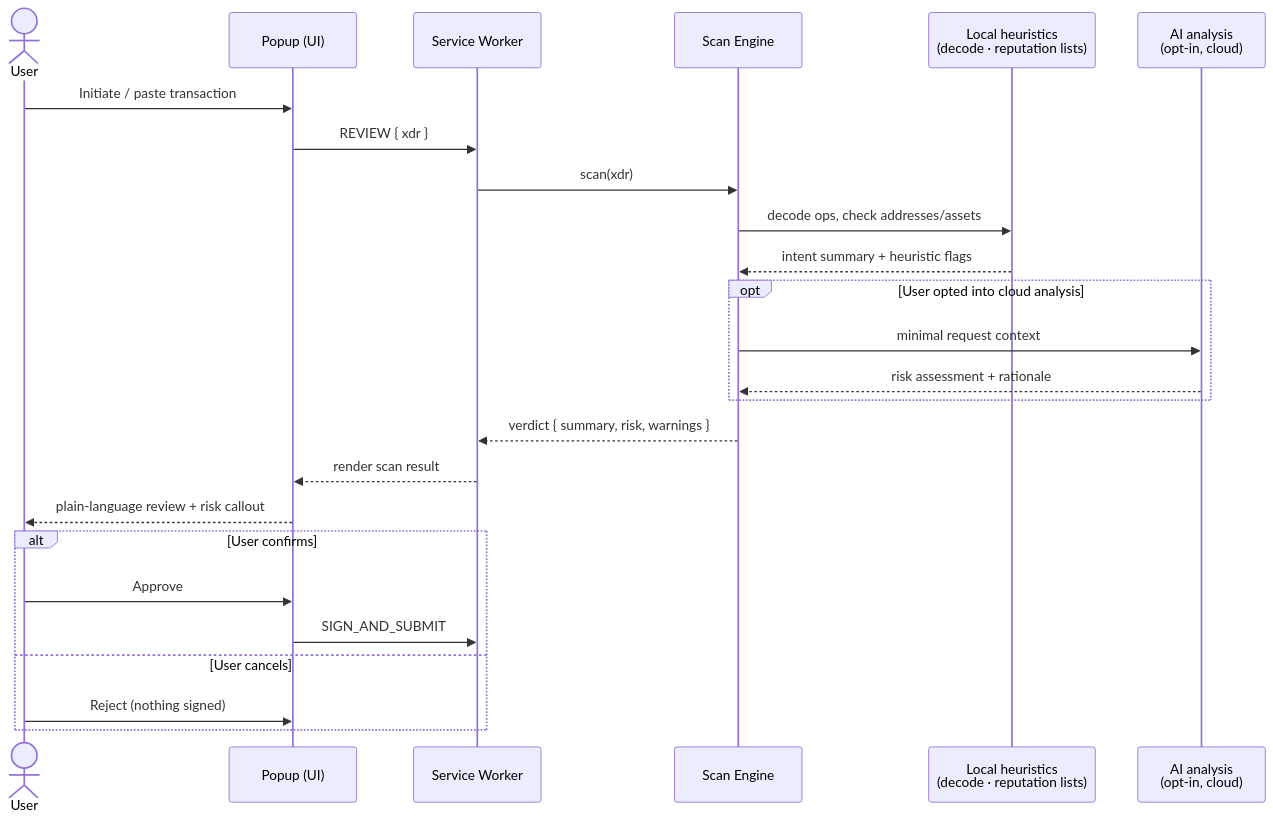
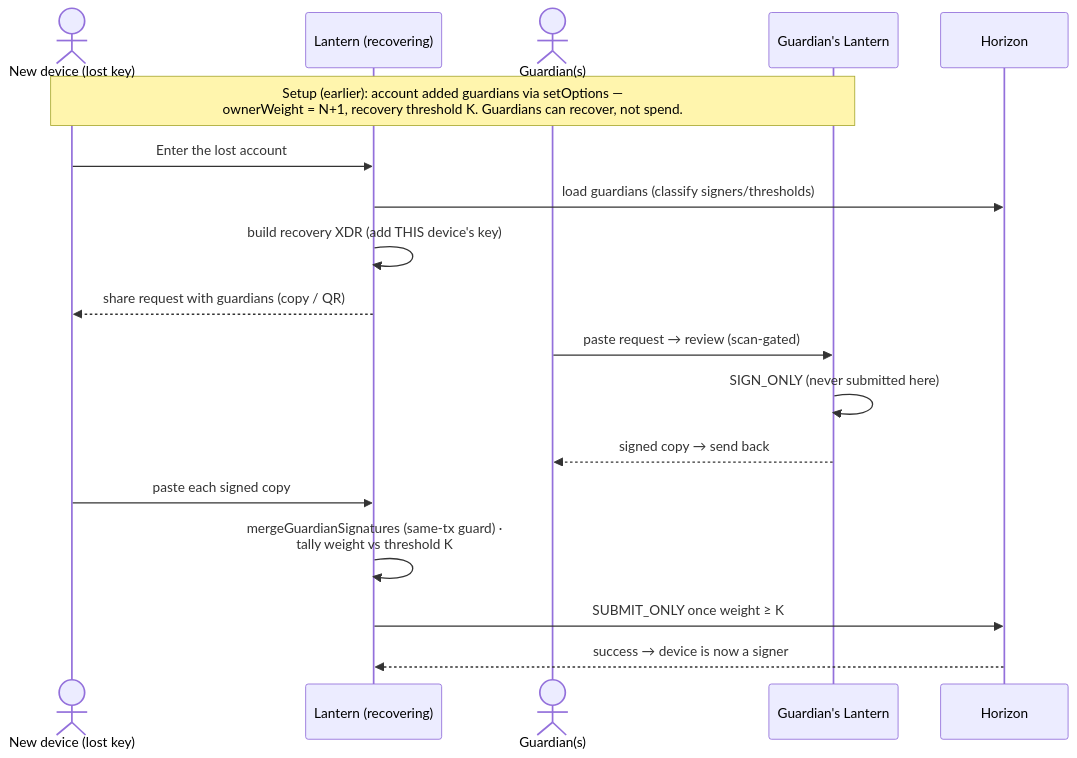
Before and after one commit to kimerran/stellar-lantern: the third of 4 diagrams in README.md, drawn with Mermaid. The commit also changed other lines of this file, not shown here.

First line of the commit message:
docs: rewrite README for current state (architecture + sequence diagrams)

````diff
--- a/README.md
+++ b/README.md
@@ -193,28 +171,22 @@
 ```mermaid
 sequenceDiagram
-    actor U as User
-    participant P as Popup (UI)
-    participant W as Service Worker
-    participant SC as Scan Engine
-    participant LO as Local heuristics<br/>(decode · reputation lists)
-    participant AI as AI analysis<br/>(opt-in, cloud)
+    actor N as New device (lost key)
+    participant L as Lantern (recovering)
+    actor G as Guardian(s)
+    participant GL as Guardian's Lantern
+    participant H as Horizon
 
-    U->>P: Initiate / paste transaction
-    P->>W: REVIEW { xdr }
-    W->>SC: scan(xdr)
-    SC->>LO: decode ops, check addresses/assets
-    LO-->>SC: intent summary + heuristic flags
-    opt User opted into cloud analysis
-        SC->>AI: minimal request context
-        AI-->>SC: risk assessment + rationale
-    end
-    SC-->>W: verdict { summary, risk, warnings }
-    W-->>P: render scan result
-    P-->>U: plain-language review + risk callout
-    alt User confirms
-        U->>P: Approve
-        P->>W: SIGN_AND_SUBMIT
-    else User cancels
-        U->>P: Reject (nothing signed)
-    end
+    Note over N,GL: Setup (earlier): account added guardians via setOptions —<br/>ownerWeight = N+1, recovery threshold K. Guardians can recover, not spend.
+
+    N->>L: Enter the lost account
+    L->>H: load guardians (classify signers/thresholds)
+    L->>L: build recovery XDR (add THIS device's key)
+    L-->>N: share request with guardians (copy / QR)
+    G->>GL: paste request → review (scan-gated)
+    GL->>GL: SIGN_ONLY (never submitted here)
+    GL-->>G: signed copy → send back
+    N->>L: paste each signed copy
+    L->>L: mergeGuardianSignatures (same-tx guard) ·<br/>tally weight vs threshold K
+    L->>H: SUBMIT_ONLY once weight ≥ K
+    H-->>L: success → device is now a signer
 ```
````
